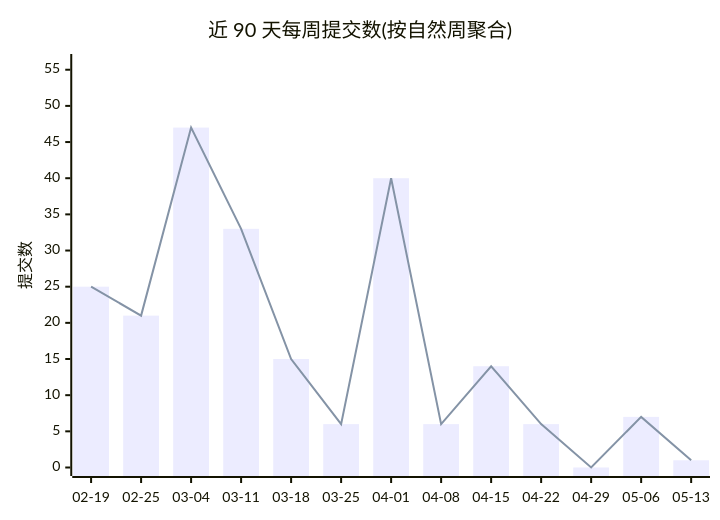
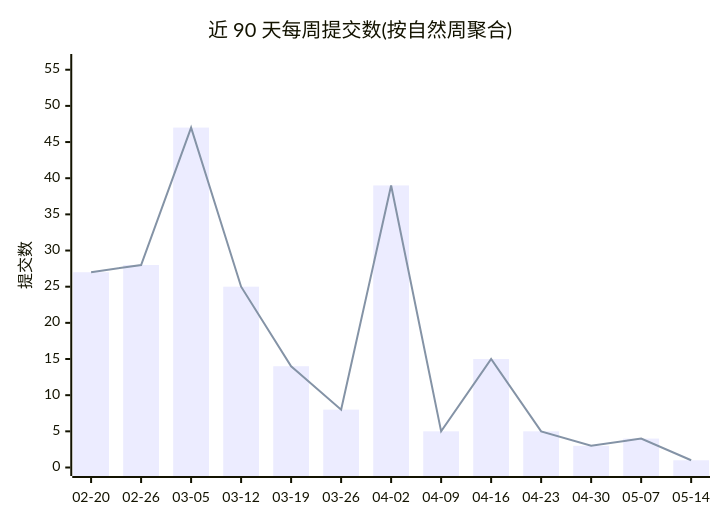
One commit to Conflux-Union/.github changed the first of 2 diagrams in profile/README.md. Above: the diagram before and after it, drawn with Mermaid. The commit also changed other lines of this file and 1 other file, not shown here.

Commit message:
chore(stats): refresh org commit stats

````diff
--- a/profile/README.md
+++ b/profile/README.md
@@ -44,8 +44,8 @@
 ```mermaid
 xychart-beta
     title "近 90 天每周提交数(按自然周聚合)"
-    x-axis ["02-19", "02-25", "03-04", "03-11", "03-18", "03-25", "04-01", "04-08", "04-15", "04-22", "04-29", "05-06", "05-13"]
+    x-axis ["02-20", "02-26", "03-05", "03-12", "03-19", "03-26", "04-02", "04-09", "04-16", "04-23", "04-30", "05-07", "05-14"]
     y-axis "提交数" 0 --> 56
-    bar [25, 21, 47, 33, 15, 6, 40, 6, 14, 6, 0, 7, 1]
-    line [25, 21, 47, 33, 15, 6, 40, 6, 14, 6, 0, 7, 1]
+    bar [27, 28, 47, 25, 14, 8, 39, 5, 15, 5, 3, 4, 1]
+    line [27, 28, 47, 25, 14, 8, 39, 5, 15, 5, 3, 4, 1]
 ```
````
